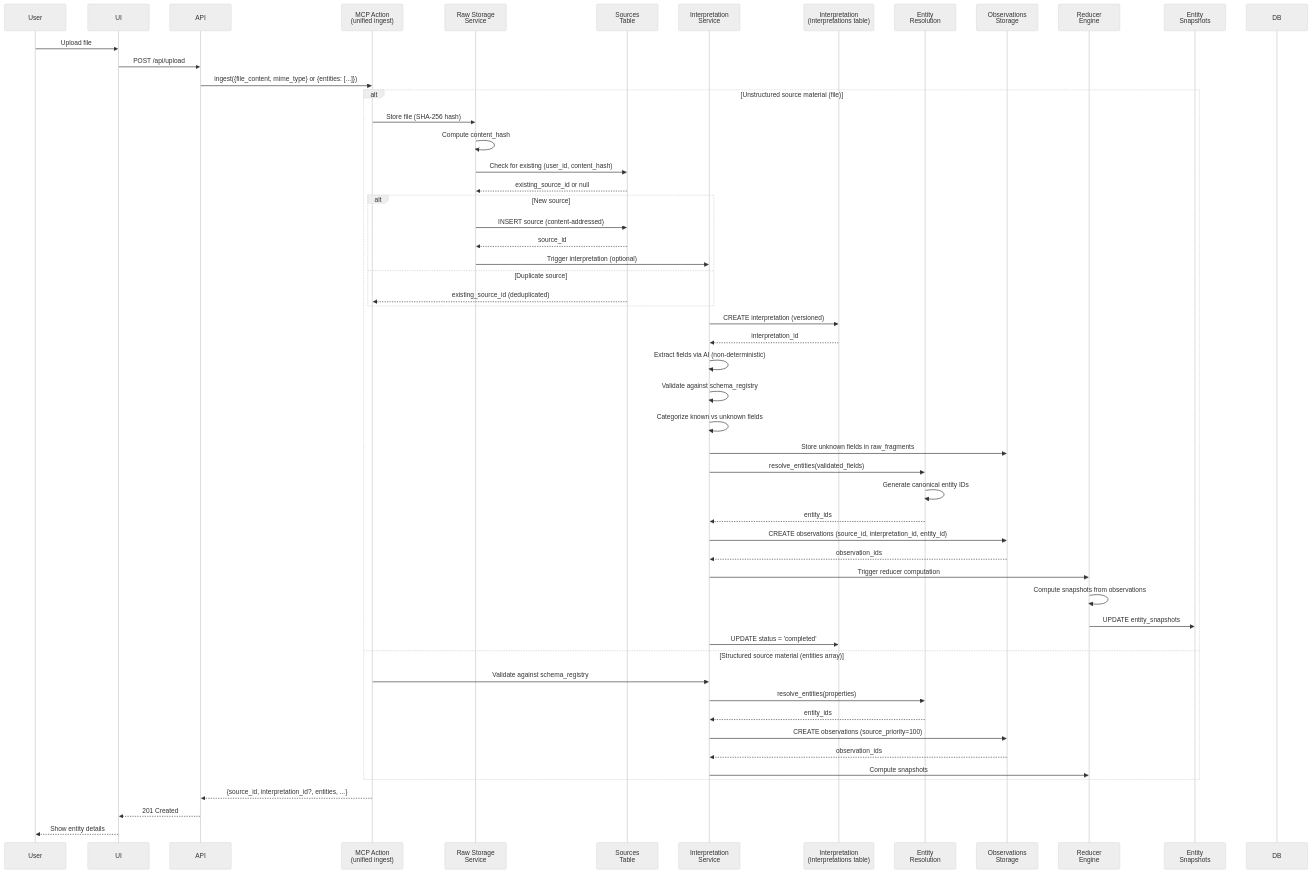
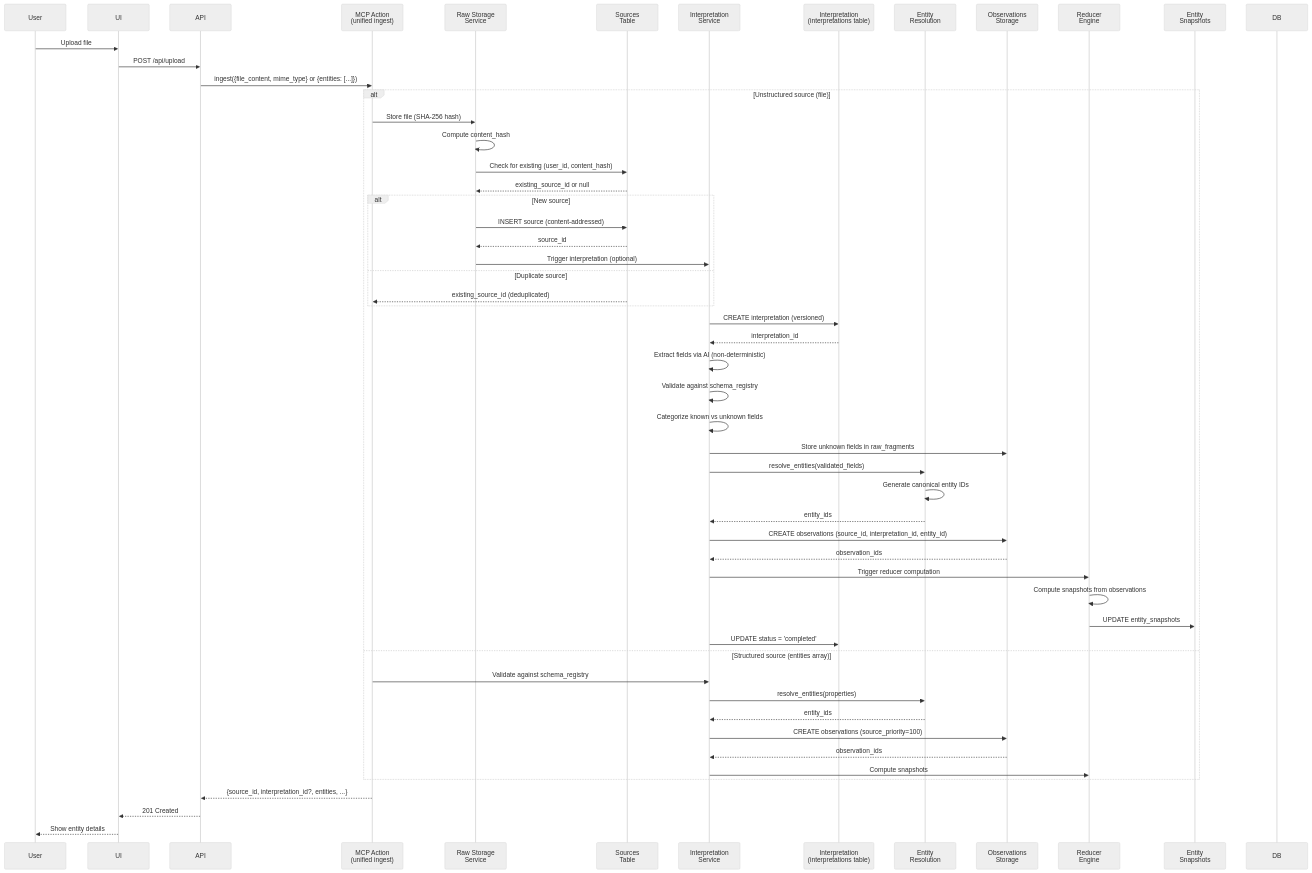
Before and after one commit to markmhendrickson/neotoma: the fourth of 7 diagrams in docs/architecture/architecture.md, drawn with Mermaid. The commit also changed other lines of this file and 6696 other files, not shown here.

````diff
--- a/docs/architecture/architecture.md
+++ b/docs/architecture/architecture.md
@@ -446,58 +446,58 @@
 ```mermaid
 %%{init: {'theme':'neutral'}}%%
 sequenceDiagram
     participant User
     participant UI
     participant API
     participant MCP_Action as MCP Action<br/>(unified ingest)
     participant Storage as Raw Storage<br/>Service
     participant Sources as Sources<br/>Table
     participant Interp as Interpretation<br/>Service
     participant InterpRun as Interpretation<br/>(interpretations table)
     participant EntityRes as Entity<br/>Resolution
     participant Observations as Observations<br/>Storage
     participant Reducer as Reducer<br/>Engine
     participant Snapshots as Entity<br/>Snapshots
     participant DB
     User->>UI: Upload file
     UI->>API: POST /api/upload
     API->>MCP_Action: ingest({file_content, mime_type} or {entities: [...]})
-    alt Unstructured source material (file)
+    alt Unstructured source (file)
         MCP_Action->>Storage: Store file (SHA-256 hash)
         Storage->>Storage: Compute content_hash
         Storage->>Sources: Check for existing (user_id, content_hash)
         Sources-->>Storage: existing_source_id or null
         alt New source
             Storage->>Sources: INSERT source (content-addressed)
             Sources-->>Storage: source_id
             Storage->>Interp: Trigger interpretation (optional)
         else Duplicate source
             Sources-->>MCP_Action: existing_source_id (deduplicated)
         end
         Interp->>InterpRun: CREATE interpretation (versioned)
         InterpRun-->>Interp: interpretation_id
         Interp->>Interp: Extract fields via AI (non-deterministic)
         Interp->>Interp: Validate against schema_registry
         Interp->>Interp: Categorize known vs unknown fields
         Interp->>Observations: Store unknown fields in raw_fragments
         Interp->>EntityRes: resolve_entities(validated_fields)
         EntityRes->>EntityRes: Generate canonical entity IDs
         EntityRes-->>Interp: entity_ids
         Interp->>Observations: CREATE observations (source_id, interpretation_id, entity_id)
         Observations-->>Interp: observation_ids
         Interp->>Reducer: Trigger reducer computation
         Reducer->>Reducer: Compute snapshots from observations
         Reducer->>Snapshots: UPDATE entity_snapshots
         Interp->>InterpRun: UPDATE status = 'completed'
-    else Structured source material (entities array)
+    else Structured source (entities array)
         MCP_Action->>Interp: Validate against schema_registry
         Interp->>EntityRes: resolve_entities(properties)
         EntityRes-->>Interp: entity_ids
         Interp->>Observations: CREATE observations (source_priority=100)
         Observations-->>Interp: observation_ids
         Interp->>Reducer: Compute snapshots
     end
     MCP_Action-->>API: {source_id, interpretation_id?, entities, ...}
     API-->>UI: 201 Created
     UI-->>User: Show entity details
 ```
````
